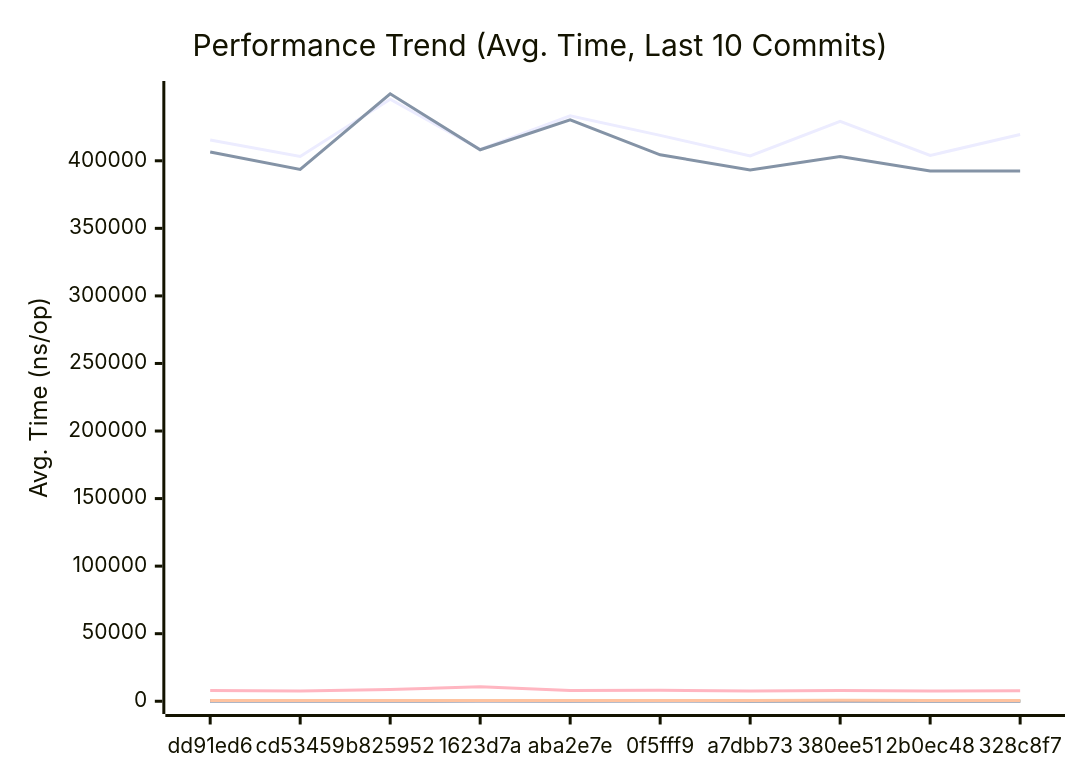
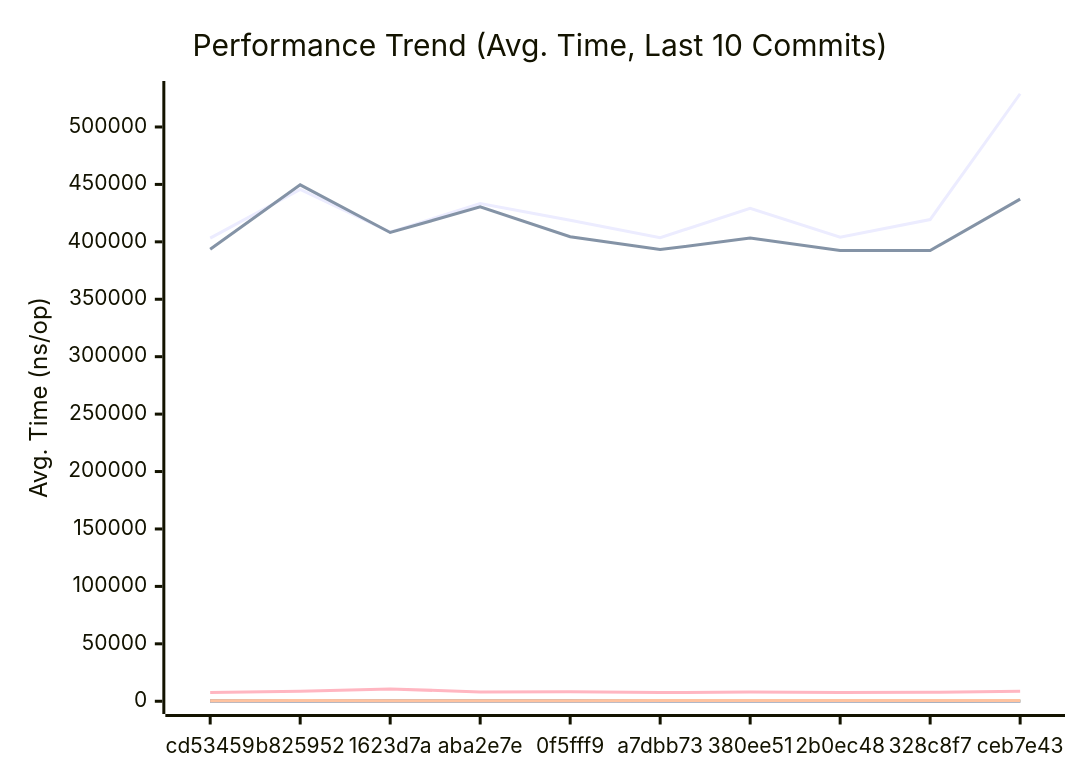
The first of 3 diagrams in docs/PERFORMANCE.md (alsotoes/momo), drawn with Mermaid before and after one commit. The commit also changed other lines of this file and 5 other files, not shown here.

````diff
--- a/docs/PERFORMANCE.md
+++ b/docs/PERFORMANCE.md
@@ -145,20 +145,20 @@
 ```mermaid
 xychart-beta
     title "Performance Trend (Avg. Time, Last 10 Commits)"
     x-axis "Commit"
     y-axis "Avg. Time (ns/op)"
-    x-axis [dd91ed6,cd53459,b825952,1623d7a,aba2e7e,0f5fff9,a7dbb73,380ee51,2b0ec48,328c8f7]
-    line "AWSChunkedReaderSigned" [415373,403249,445617,408424,433346,418811,403588,429229,403967,419399]
-    line "AWSChunkedReaderUnsigned" [406436,393596,449617,408148,430389,404420,393243,403247,392414,392490]
-    line "CheckMetricsAndSwap" [7,8,8,9,8,8,7,9,7,7]
-    line "CrushOptimized" [294,287,358,356,303,301,284,301,316,290]
-    line "CrushOriginal" [407,389,441,568,411,382,396,423,386,392]
+    x-axis [cd53459,b825952,1623d7a,aba2e7e,0f5fff9,a7dbb73,380ee51,2b0ec48,328c8f7,ceb7e43]
+    line "AWSChunkedReaderSigned" [403249,445617,408424,433346,418811,403588,429229,403967,419399,528932]
+    line "AWSChunkedReaderUnsigned" [393596,449617,408148,430389,404420,393243,403247,392414,392490,437150]
+    line "CheckMetricsAndSwap" [8,8,9,8,8,7,9,7,7,9]
+    line "CrushOptimized" [287,358,356,303,301,284,301,316,290,369]
+    line "CrushOriginal" [389,441,568,411,382,396,423,386,392,431]
     line "IndexDirectTracking" [0,0,0,0,0,0,0,0,0,0]
-    line "IndexSearch" [2,1,1,2,2,2,3,3,3,3]
-    line "LoadGlobalConfig" [7911,7590,8718,10767,8040,8190,7563,7976,7514,7727]
-    line "PadString" [39,36,44,55,40,53,37,39,38,39]
+    line "IndexSearch" [1,1,2,2,2,3,3,3,3,3]
+    line "LoadGlobalConfig" [7590,8718,10767,8040,8190,7563,7976,7514,7727,8630]
+    line "PadString" [36,44,55,40,53,37,39,38,39,42]
     line "ParseReplicationOrder_NoPrealloc" [350,349,357,354,345,225,229,165,232,234]
     line "ParseReplicationOrder_Prealloc" [229,231,237,234,229,108,107,80,110,109]
-    line "SanitizeLog/Safe" [401,396,419,499,416,418,222,229,221,212]
-    line "SanitizeLog/Unsafe" [541,482,602,485,511,532,643,668,634,643]
+    line "SanitizeLog/Safe" [396,419,499,416,418,222,229,221,212,221]
+    line "SanitizeLog/Unsafe" [482,602,485,511,532,643,668,634,643,707]
 ```
````
